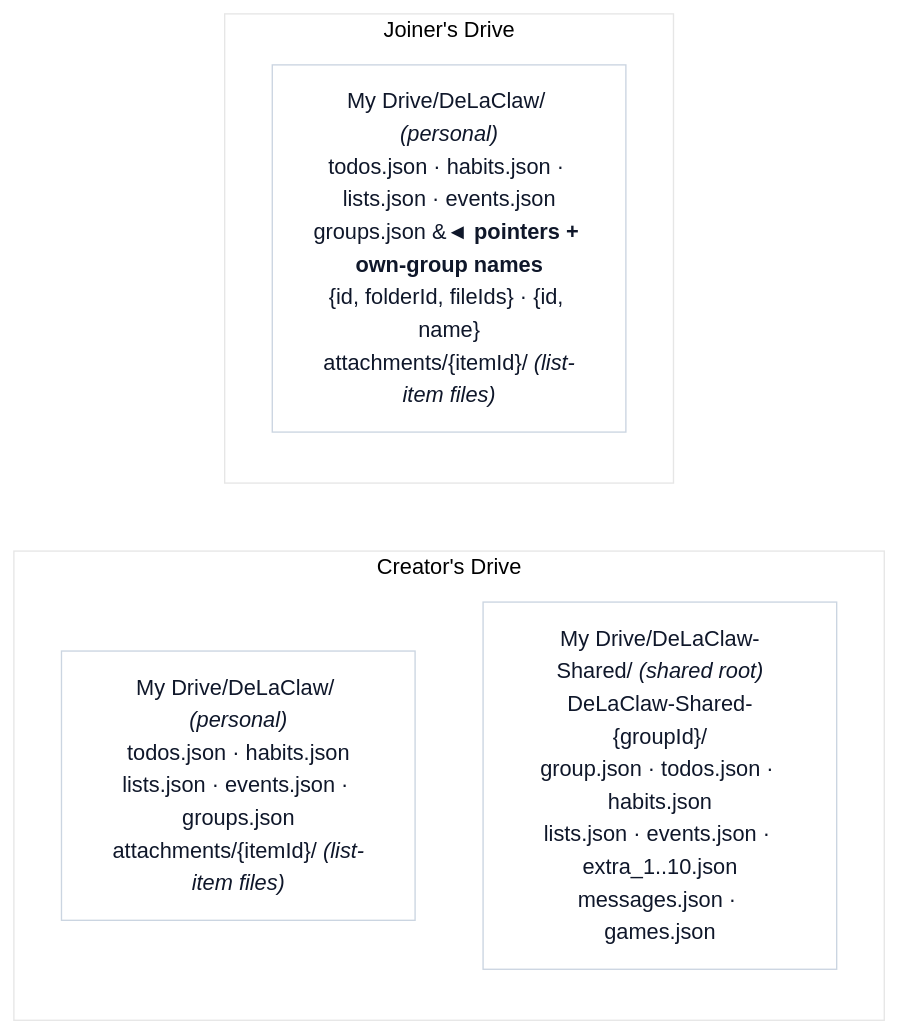
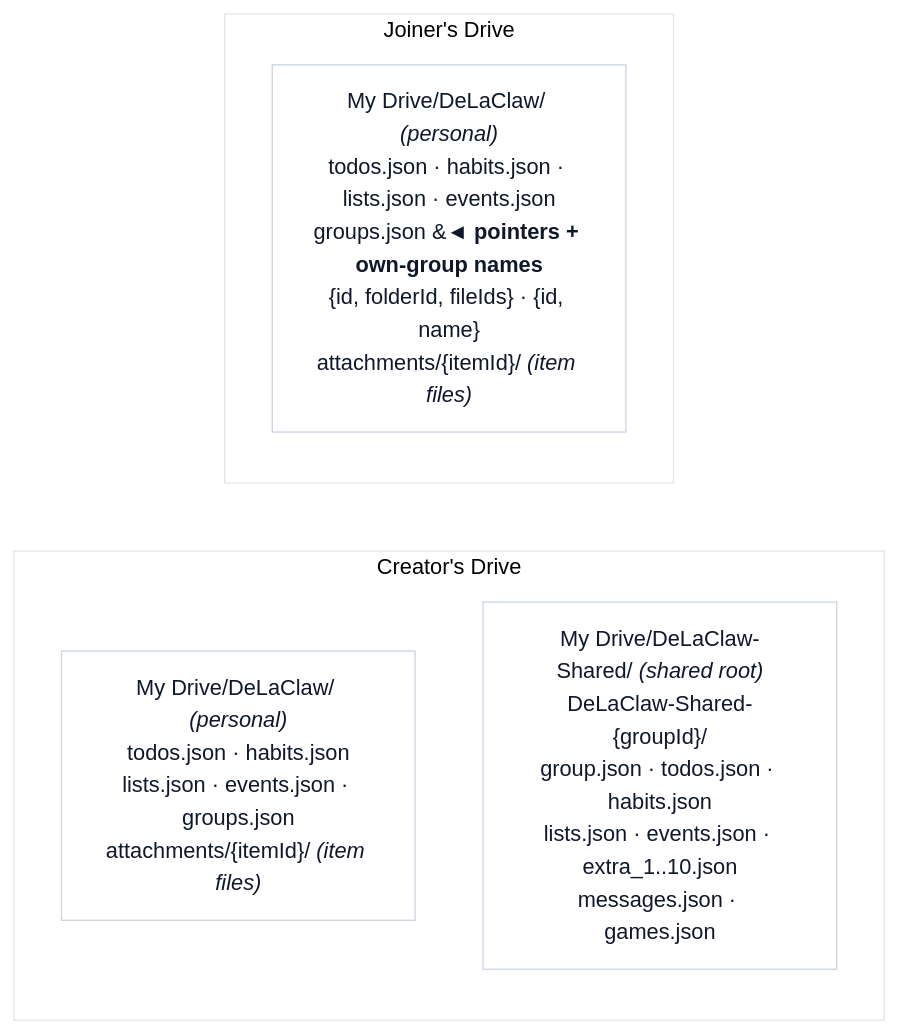
Before and after one commit to AntGro/DeLaClaw: the third of 14 diagrams in docs-site/sharing.md, drawn with Mermaid. The commit also changed other lines of this file and 27 other files, not shown here.

First line of the commit message:
feat(todos,habits): file attachments on TODOs and Habits

````diff
--- a/docs-site/sharing.md
+++ b/docs-site/sharing.md
@@ -72,13 +72,13 @@
 ```mermaid
 %%{init: {'theme': 'base', 'themeVariables': {'background': '#fbfaf8', 'primaryColor': '#ffffff', 'primaryBorderColor': '#cbd5e1', 'primaryTextColor': '#0f172a', 'lineColor': '#334155'}}}%%
 flowchart LR
     subgraph CD["Creator's Drive"]
         direction TB
-        CDP["My Drive/DeLaClaw/ <i>(personal)</i><br/>todos.json · habits.json<br/>lists.json · events.json · groups.json<br/>attachments/{itemId}/ <i>(list-item files)</i>"]
+        CDP["My Drive/DeLaClaw/ <i>(personal)</i><br/>todos.json · habits.json<br/>lists.json · events.json · groups.json<br/>attachments/{itemId}/ <i>(item files)</i>"]
         CDS["My Drive/DeLaClaw-Shared/ <i>(shared root)</i><br/>DeLaClaw-Shared-{groupId}/<br/>group.json · todos.json · habits.json<br/>lists.json · events.json · extra_1..10.json<br/>messages.json · games.json"]
     end
     subgraph JD["Joiner's Drive"]
         direction TB
-        JDP["My Drive/DeLaClaw/ <i>(personal)</i><br/>todos.json · habits.json · lists.json · events.json<br/>groups.json &#9668; <b>pointers + own-group names</b><br/>{id, folderId, fileIds} · {id, name}<br/>attachments/{itemId}/ <i>(list-item files)</i>"]
+        JDP["My Drive/DeLaClaw/ <i>(personal)</i><br/>todos.json · habits.json · lists.json · events.json<br/>groups.json &#9668; <b>pointers + own-group names</b><br/>{id, folderId, fileIds} · {id, name}<br/>attachments/{itemId}/ <i>(item files)</i>"]
     end
 ```
````
